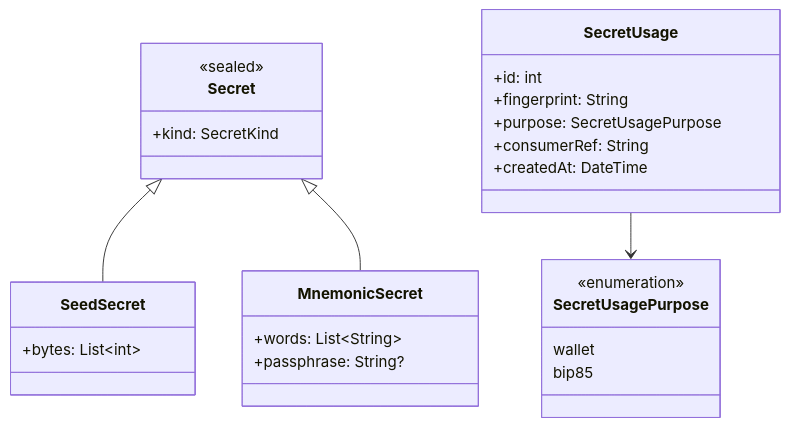
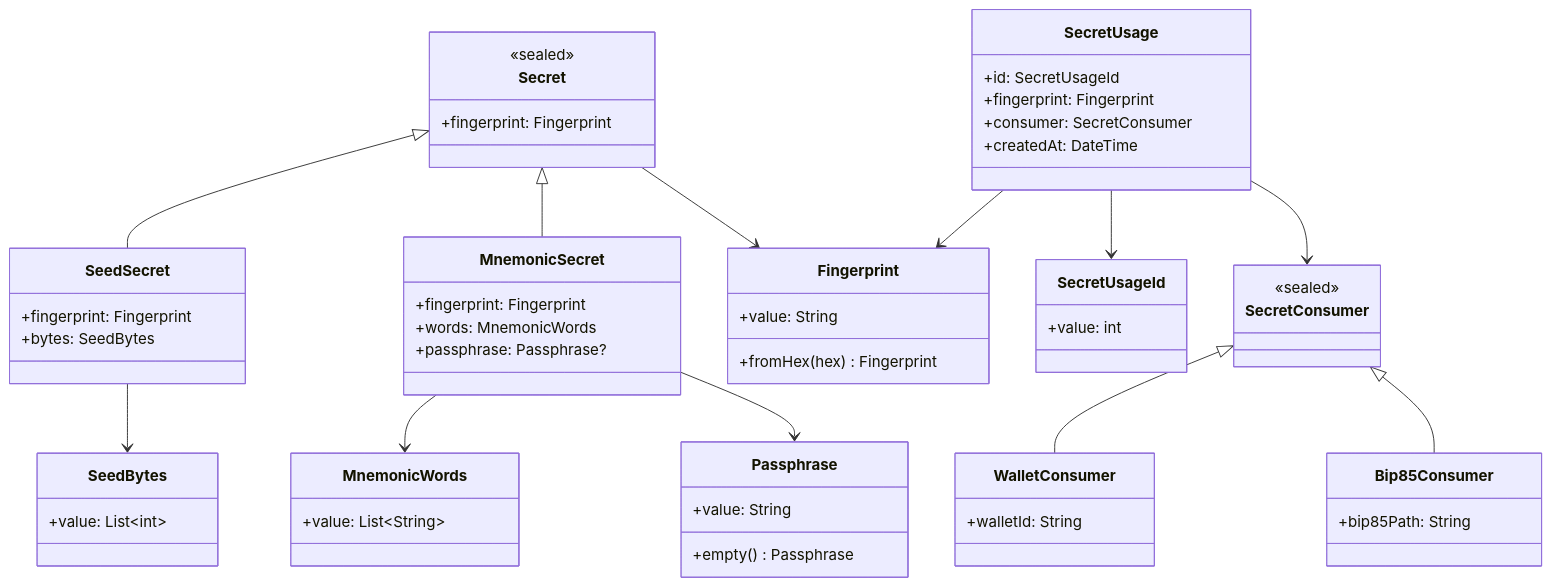
One commit to SatoshiPortal/bullbitcoin-mobile changed the third of 17 diagrams in lib/features/secrets/secrets_architecture.md. Above: the diagram before and after it, drawn with Mermaid. The commit also changed other lines of this file and 16 other files, not shown here.

Commit message:
update architecture doc of secrets

````diff
--- a/lib/features/secrets/secrets_architecture.md
+++ b/lib/features/secrets/secrets_architecture.md
@@ -66,37 +67,75 @@
 ```mermaid
 classDiagram
-    %% Core/Primitives
+    %% Domain Entities
     class Secret {
         <<sealed>>
-        +kind: SecretKind
+        +fingerprint: Fingerprint
     }
 
     class SeedSecret {
-        +bytes: List~int~
+        +fingerprint: Fingerprint
+        +bytes: SeedBytes
     }
 
     class MnemonicSecret {
-        +words: List~String~
-        +passphrase: String?
-    }
-
-    class SecretUsagePurpose {
-        <<enumeration>>
-        wallet
-        bip85
+        +fingerprint: Fingerprint
+        +words: MnemonicWords
+        +passphrase: Passphrase?
     }
 
     Secret <|-- SeedSecret
     Secret <|-- MnemonicSecret
 
-    %% Domain Entities
     class SecretUsage {
-        +id: int
-        +fingerprint: String
-        +purpose: SecretUsagePurpose
-        +consumerRef: String
+        +id: SecretUsageId
+        +fingerprint: Fingerprint
+        +consumer: SecretConsumer
         +createdAt: DateTime
     }
 
-    SecretUsage --> SecretUsagePurpose
+    %% Value Objects
+    class Fingerprint {
+        +value: String
+        +fromHex(hex) Fingerprint
+    }
+
+    class SecretUsageId {
+        +value: int
+    }
+
+    class SecretConsumer {
+        <<sealed>>
+    }
+
+    class WalletConsumer {
+        +walletId: String
+    }
+
+    class Bip85Consumer {
+        +bip85Path: String
+    }
+
+    class MnemonicWords {
+        +value: List~String~
+    }
+
+    class Passphrase {
+        +value: String
+        +empty() Passphrase
+    }
+
+    class SeedBytes {
+        +value: List~int~
+    }
+
+    SecretConsumer <|-- WalletConsumer
+    SecretConsumer <|-- Bip85Consumer
+
+    Secret --> Fingerprint
+    SecretUsage --> Fingerprint
+    SecretUsage --> SecretUsageId
+    SecretUsage --> SecretConsumer
+    SeedSecret --> SeedBytes
+    MnemonicSecret --> MnemonicWords
+    MnemonicSecret --> Passphrase
 ```
````
